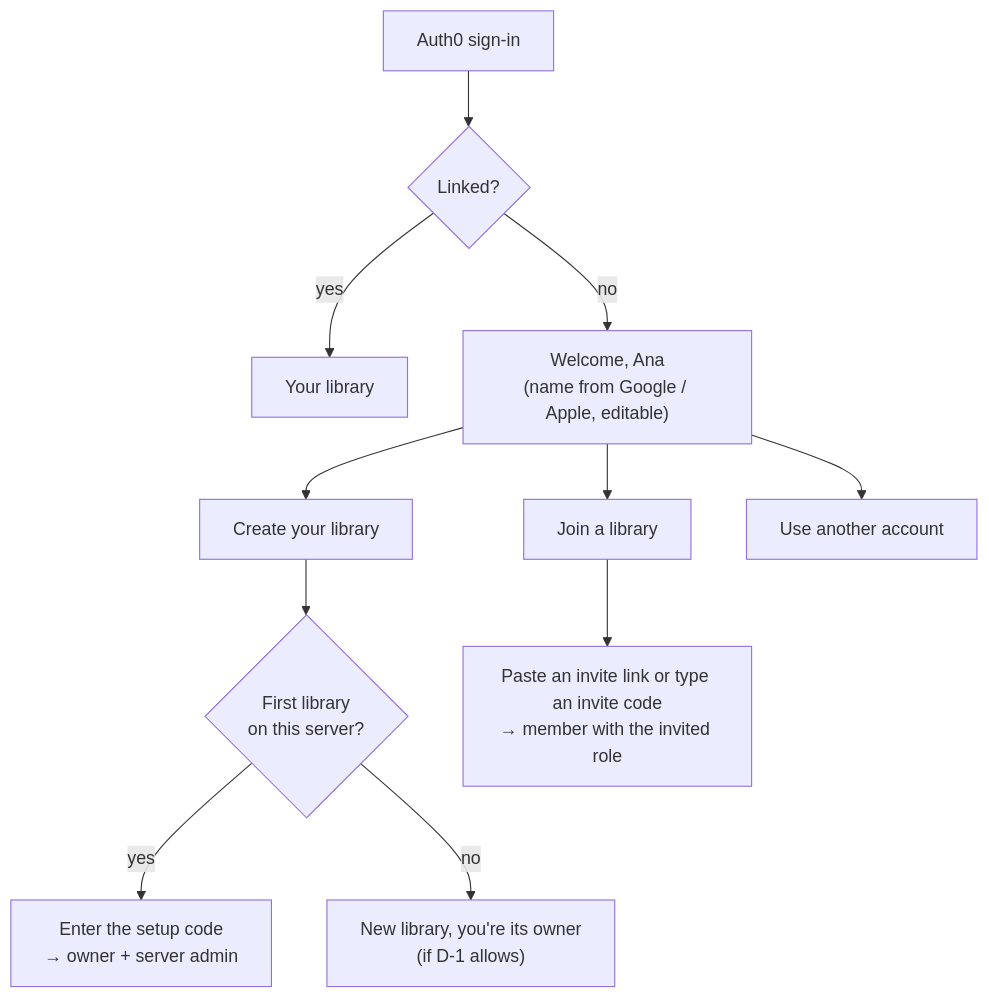
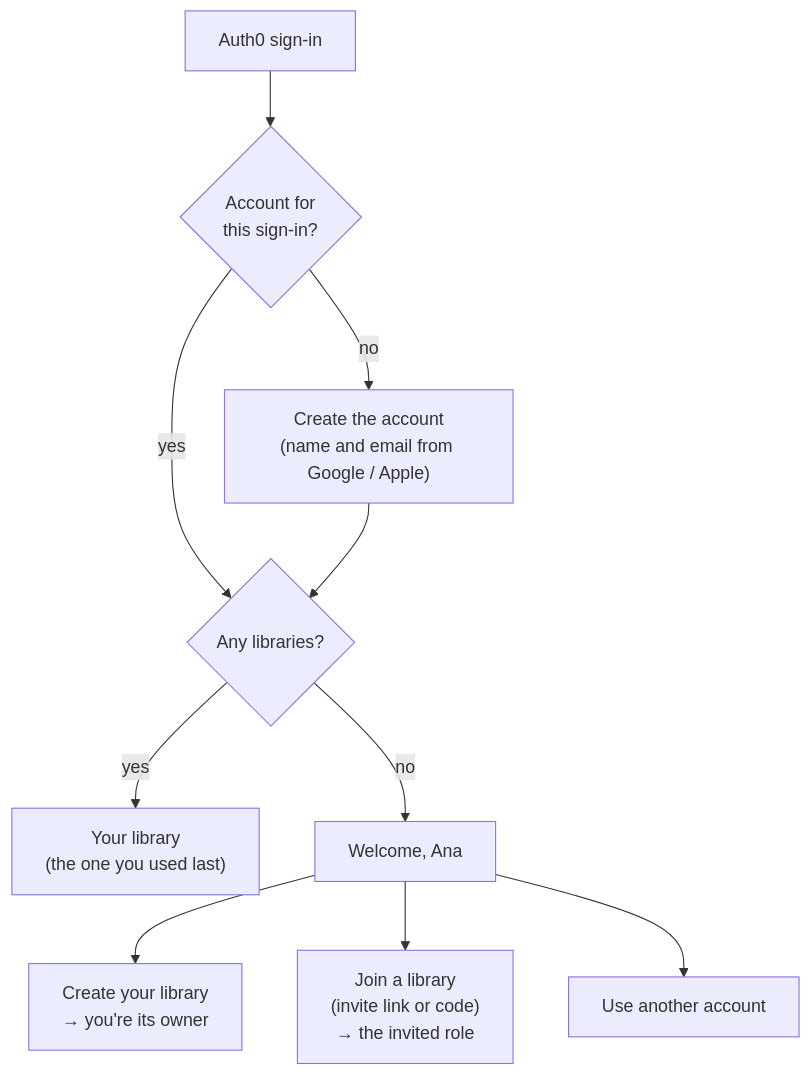
Before and after one commit to coryfinnegan/CollectionMaxxing: the second of 2 diagrams in docs/15-onboarding.md, drawn with Mermaid. The commit also changed other lines of this file and 2 other files, not shown here.

First line of the commit message:
Accept the onboarding plan: every sign-in is an account, people create or join libraries

````diff
--- a/docs/15-onboarding.md
+++ b/docs/15-onboarding.md
@@ -36,13 +37,12 @@
 ```mermaid
 flowchart TD
-  A["Auth0 sign-in"] --> L{"Linked?"}
-  L -- yes --> IN["Your library"]
-  L -- no --> W["Welcome, Ana<br/>(name from Google / Apple, editable)"]
-  W --> C["Create your library"]
-  W --> J["Join a library"]
+  A["Auth0 sign-in"] --> K{"Account for<br/>this sign-in?"}
+  K -- no --> NEWACC["Create the account<br/>(name and email from Google / Apple)"]
+  K -- yes --> LIB{"Any libraries?"}
+  NEWACC --> LIB
+  LIB -- yes --> IN["Your library<br/>(the one you used last)"]
+  LIB -- no --> W["Welcome, Ana"]
+  W --> C["Create your library<br/>→ you're its owner"]
+  W --> J["Join a library<br/>(invite link or code)<br/>→ the invited role"]
   W --> O["Use another account"]
-  C --> FIRST{"First library<br/>on this server?"}
-  FIRST -- yes --> CODE["Enter the setup code<br/>→ owner + server admin"]
-  FIRST -- no --> NEW["New library, you're its owner<br/>(if D-1 allows)"]
-  J --> INV["Paste an invite link or type an invite code<br/>→ member with the invited role"]
 ```
````
